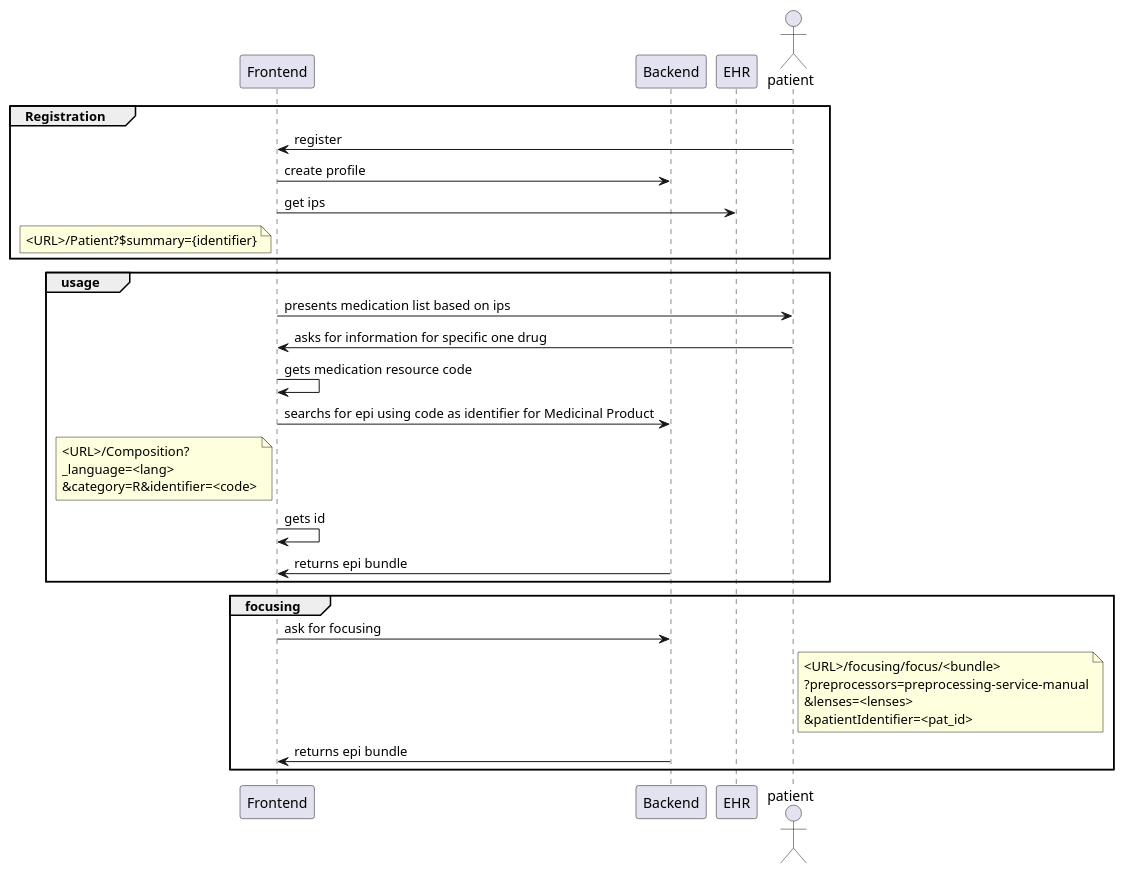
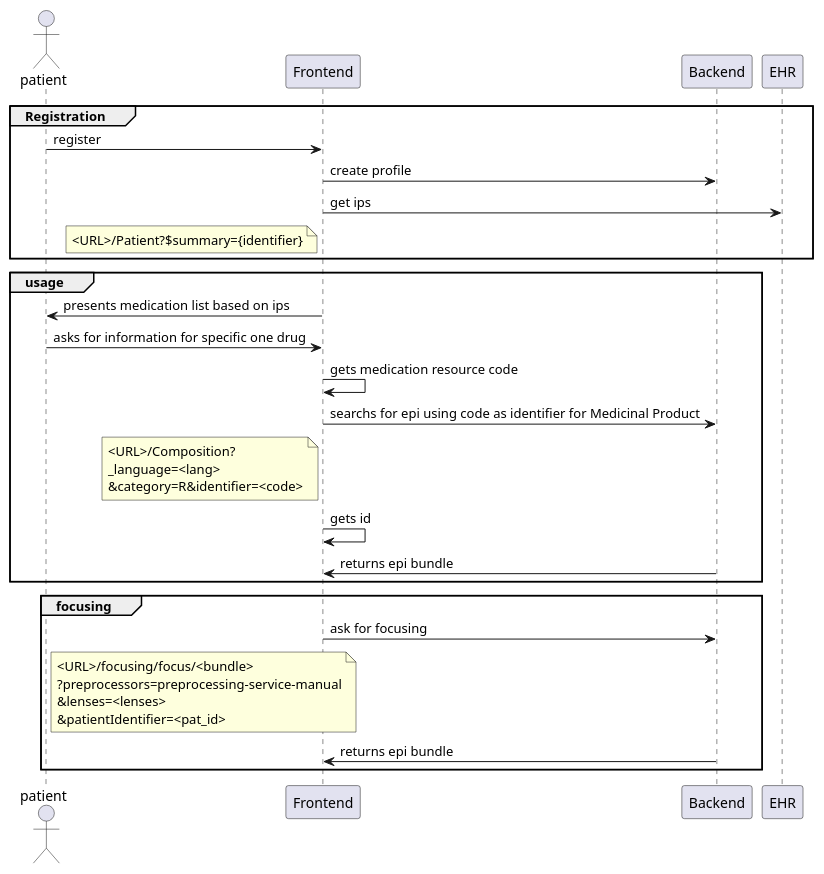
The diagram in input/images-source/workflow-project.plantuml (hl7-eu/gravitate-health), drawn with PlantUML before and after one commit. The commit also changed 3 other files, not shown here.

```diff
--- a/input/images-source/workflow-project.plantuml
+++ b/input/images-source/workflow-project.plantuml
@@ -1,60 +1,61 @@
 @startuml
+actor       patient       as pat
+
 participant Frontend as fe
 participant Backend as be
 participant EHR as ehr
-actor       patient       as pat
 /'
 actor       Physician       as phy
 
 boundary    Boundary    as Foo2
 control     Control     as Foo3
 entity      Entity      as Foo4
 collections Collections as Foo6
 queue       Queue       as Foo7
 Foo -> Foo5 : To database
 Foo -> Foo6 : To collections
 Foo -> Foo7: To queue
 database    MPI    as mpi
 
 '/
 /'phy -> ehr : add information across several appointments
 '/
 group Registration
 
 pat -> fe : register
 fe -> be : create profile
 fe -> ehr : get ips 
 note left of fe : <URL>/Patient?$summary={identifier}
 
 end
 
 
 group usage
 fe -> pat: presents medication list based on ips
 pat -> fe : asks for information for specific one drug
 fe -> fe : gets medication resource code
 fe -> be: searchs for epi using code as identifier for Medicinal Product
 note left of fe
  <URL>/Composition?
  _language=<lang>
  &category=R&identifier=<code>
  end note
 fe -> fe: gets id
 be -> fe: returns epi bundle
 
 end
 
 group focusing
 fe -> be: ask for focusing
 note right of pat 
 <URL>/focusing/focus/<bundle>
 ?preprocessors=preprocessing-service-manual
 &lenses=<lenses>
 &patientIdentifier=<pat_id>
 end note
 
 be -> fe: returns epi bundle
 
 
 end
 @enduml
```
